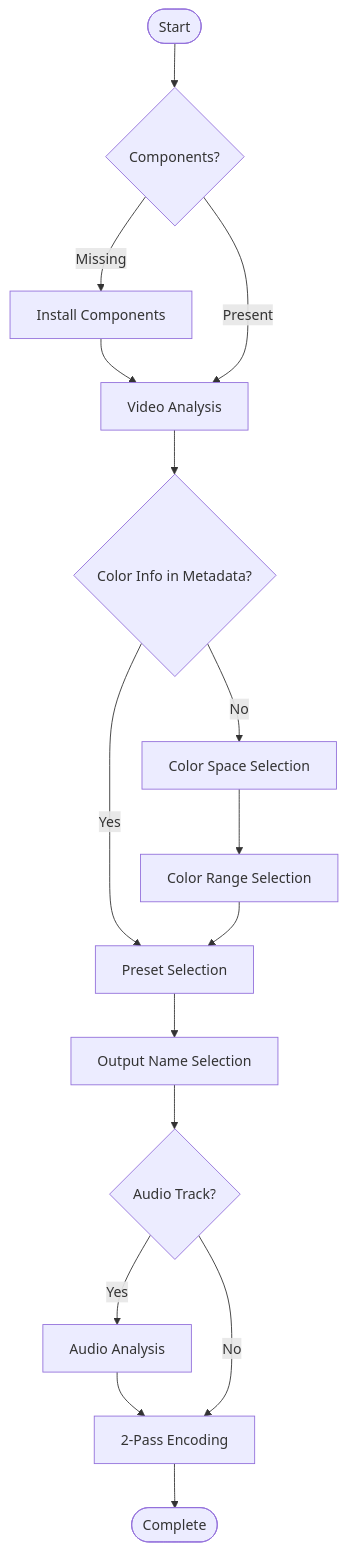
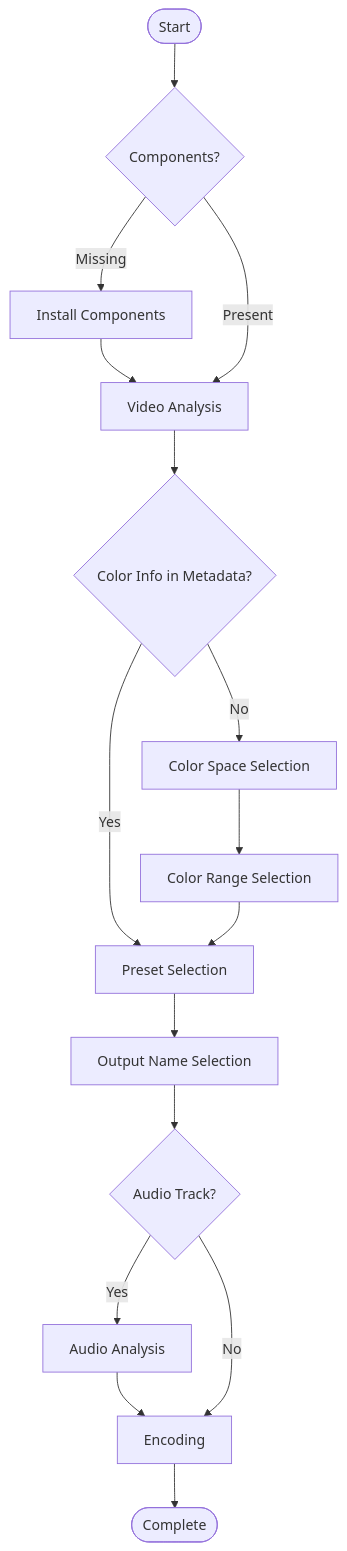
One commit to oo0v/o3enc changed the diagram in README.md. Above: the diagram before and after it, drawn with Mermaid. The commit also changed 5 other files, not shown here.

````diff
--- a/README.md
+++ b/README.md
@@ -24,23 +24,23 @@
 ```mermaid
 graph TD
     Start([Start]) --> ComponentCheck{Components?}
     ComponentCheck -->|Missing| Install[Install Components]
     Install --> Analysis
     ComponentCheck -->|Present| Analysis[Video Analysis]
     
     Analysis --> MetadataCheck{Color Info in Metadata?}
     MetadataCheck -->|Yes| PresetSelect[Preset Selection]
     
     MetadataCheck -->|No| ColorSpace["Color Space Selection"]
     ColorSpace --> ColorRange["Color Range Selection"]
     ColorRange --> PresetSelect
     
     PresetSelect --> OutputName[Output Name Selection]
     OutputName --> AudioCheck{Audio Track?}
     
     AudioCheck -->|Yes| AudioAnalysis[Audio Analysis]
     AudioAnalysis --> Encode
     AudioCheck -->|No| Encode
     
-    Encode[2-Pass Encoding] --> Complete([Complete])
+    Encode[Encoding] --> Complete([Complete])
 ```
````
